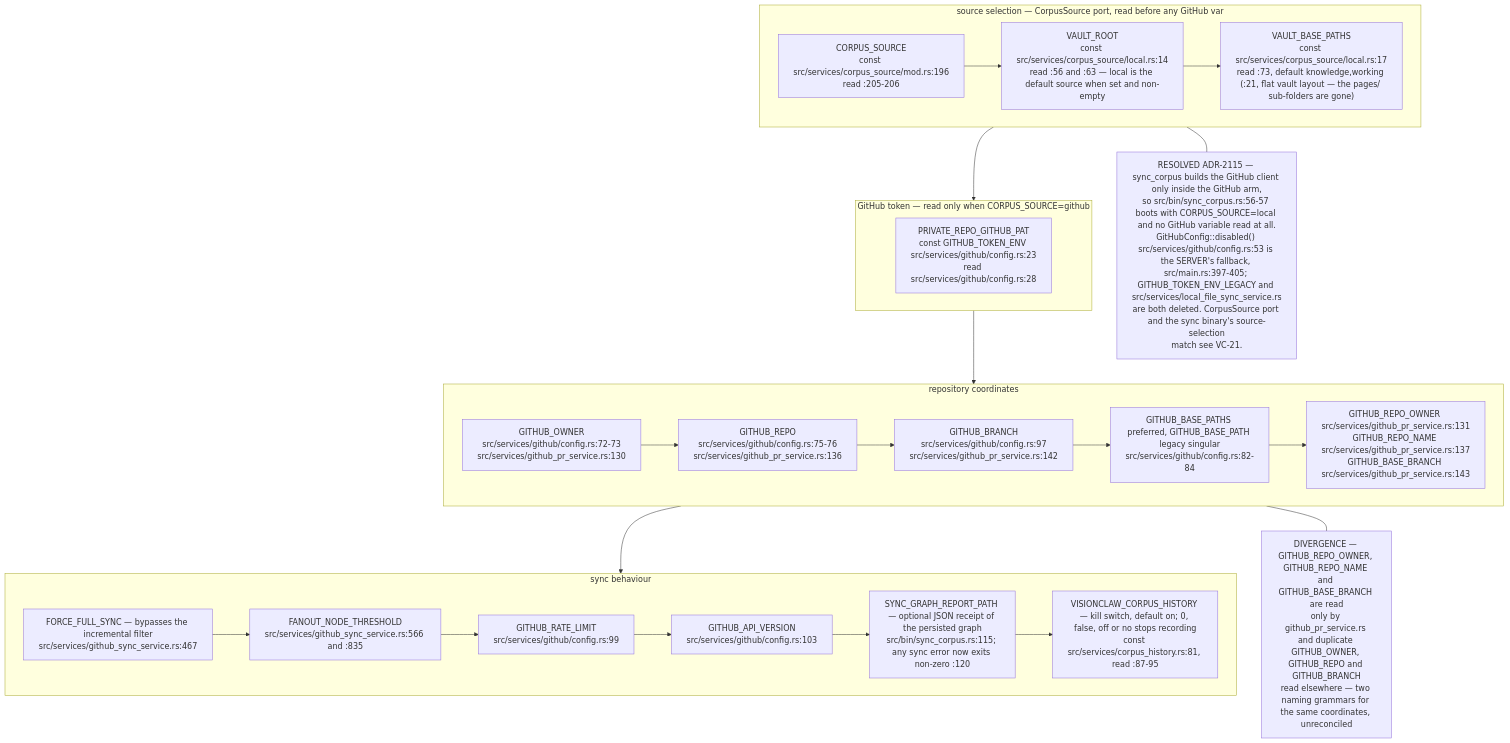
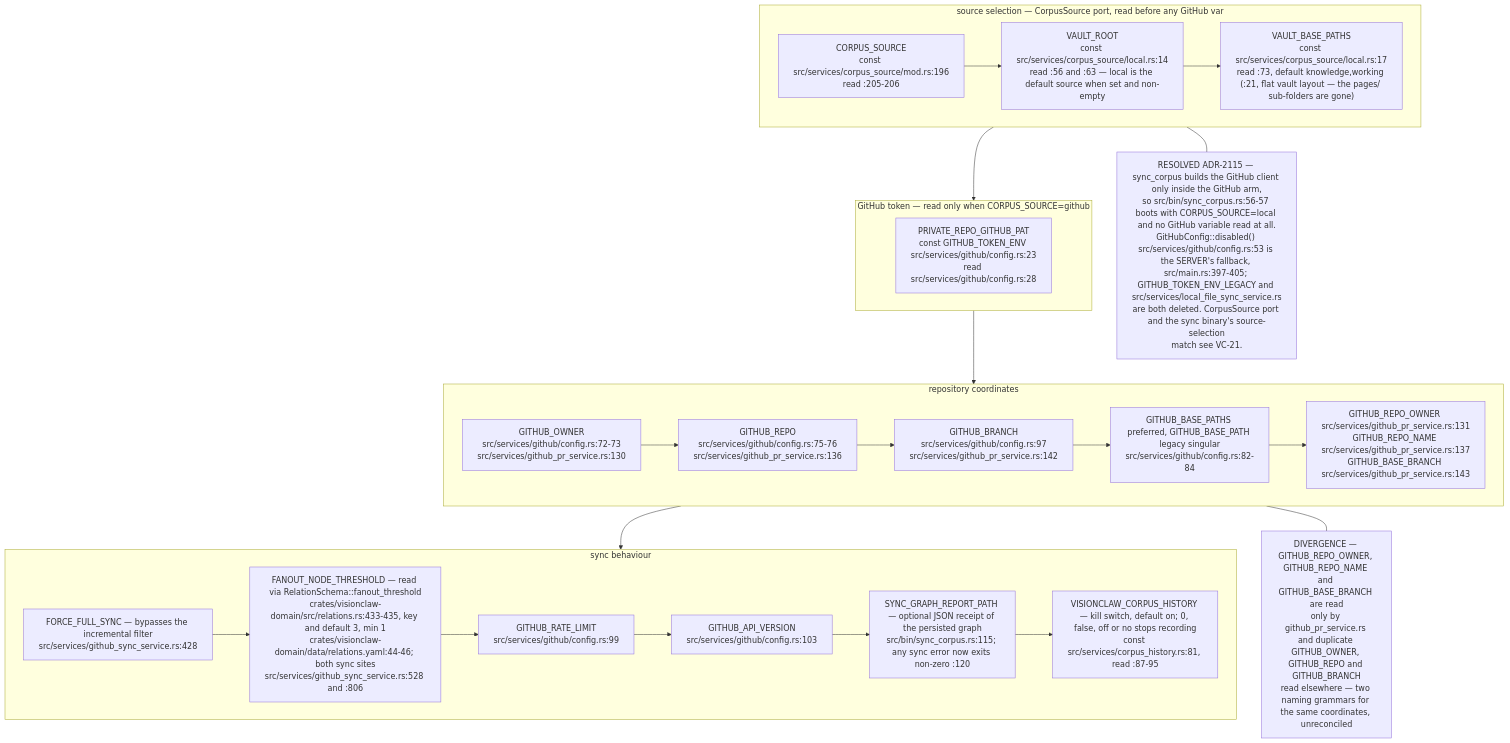
Diagram 11 of 16 in docs/diagrams/visionclaw/09-config-and-env-flags.md (DreamLab-AI/VisionFlow), drawn with Mermaid before and after one commit. The commit also changed other lines of this file and 7 other files, not shown here.

First line of the commit message:
diagrams(visionclaw): re-verify VC-09..VC-16 at visionclaw 4900ec60

````diff
--- a/docs/diagrams/visionclaw/09-config-and-env-flags.md
+++ b/docs/diagrams/visionclaw/09-config-and-env-flags.md
@@ -470,20 +472,20 @@
 ```mermaid
 flowchart TB
     subgraph SEL["source selection — CorpusSource port, read before any GitHub var"]
         C1["CORPUS_SOURCE<br/>const src/services/corpus_source/mod.rs:196<br/>read :205-206"] --> C2["VAULT_ROOT<br/>const src/services/corpus_source/local.rs:14<br/>read :56 and :63 — local is the default source when set and non-empty"] --> C3["VAULT_BASE_PATHS<br/>const src/services/corpus_source/local.rs:17<br/>read :73, default knowledge,working (:21, flat vault layout — the pages/ sub-folders are gone)"]
     end
     subgraph TOK["GitHub token — read only when CORPUS_SOURCE=github"]
         T1["PRIVATE_REPO_GITHUB_PAT<br/>const GITHUB_TOKEN_ENV src/services/github/config.rs:23<br/>read src/services/github/config.rs:28"]
     end
     subgraph LOC["repository coordinates"]
         L1["GITHUB_OWNER<br/>src/services/github/config.rs:72-73<br/>src/services/github_pr_service.rs:130"] --> L2["GITHUB_REPO<br/>src/services/github/config.rs:75-76<br/>src/services/github_pr_service.rs:136"] --> L3["GITHUB_BRANCH<br/>src/services/github/config.rs:97<br/>src/services/github_pr_service.rs:142"] --> L4["GITHUB_BASE_PATHS preferred, GITHUB_BASE_PATH legacy singular<br/>src/services/github/config.rs:82-84"] --> L5["GITHUB_REPO_OWNER src/services/github_pr_service.rs:131<br/>GITHUB_REPO_NAME src/services/github_pr_service.rs:137<br/>GITHUB_BASE_BRANCH src/services/github_pr_service.rs:143"]
     end
     subgraph BEHAV["sync behaviour"]
-        B1["FORCE_FULL_SYNC — bypasses the incremental filter<br/>src/services/github_sync_service.rs:467"] --> B2["FANOUT_NODE_THRESHOLD<br/>src/services/github_sync_service.rs:566 and :835"] --> B3["GITHUB_RATE_LIMIT<br/>src/services/github/config.rs:99"] --> B4["GITHUB_API_VERSION<br/>src/services/github/config.rs:103"] --> B5["SYNC_GRAPH_REPORT_PATH — optional JSON receipt of the persisted graph<br/>src/bin/sync_corpus.rs:115; any sync error now exits non-zero :120"] --> B6["VISIONCLAW_CORPUS_HISTORY — kill switch, default on; 0, false, off or no stops recording<br/>const src/services/corpus_history.rs:81, read :87-95"]
+        B1["FORCE_FULL_SYNC — bypasses the incremental filter<br/>src/services/github_sync_service.rs:428"] --> B2["FANOUT_NODE_THRESHOLD — read via RelationSchema::fanout_threshold<br/>crates/visionclaw-domain/src/relations.rs:433-435, key and default 3, min 1<br/>crates/visionclaw-domain/data/relations.yaml:44-46; both sync sites<br/>src/services/github_sync_service.rs:528 and :806"] --> B3["GITHUB_RATE_LIMIT<br/>src/services/github/config.rs:99"] --> B4["GITHUB_API_VERSION<br/>src/services/github/config.rs:103"] --> B5["SYNC_GRAPH_REPORT_PATH — optional JSON receipt of the persisted graph<br/>src/bin/sync_corpus.rs:115; any sync error now exits non-zero :120"] --> B6["VISIONCLAW_CORPUS_HISTORY — kill switch, default on; 0, false, off or no stops recording<br/>const src/services/corpus_history.rs:81, read :87-95"]
     end
     SEL --> TOK --> LOC --> BEHAV
     N4["DIVERGENCE — GITHUB_REPO_OWNER, GITHUB_REPO_NAME and GITHUB_BASE_BRANCH are read<br/>only by github_pr_service.rs and duplicate GITHUB_OWNER, GITHUB_REPO and GITHUB_BRANCH<br/>read elsewhere — two naming grammars for the same coordinates, unreconciled"]
     LOC --- N4
     N5["RESOLVED ADR-2115 — sync_corpus builds the GitHub client only inside the GitHub arm,<br/>so src/bin/sync_corpus.rs:56-57 boots with CORPUS_SOURCE=local and no GitHub variable read at all.<br/>GitHubConfig::disabled() src/services/github/config.rs:53 is the SERVER's fallback, src/main.rs:397-405; GITHUB_TOKEN_ENV_LEGACY and src/services/local_file_sync_service.rs<br/>are both deleted. CorpusSource port and the sync binary's source-selection<br/>match see VC-21."]
     SEL --- N5
 ```
````
